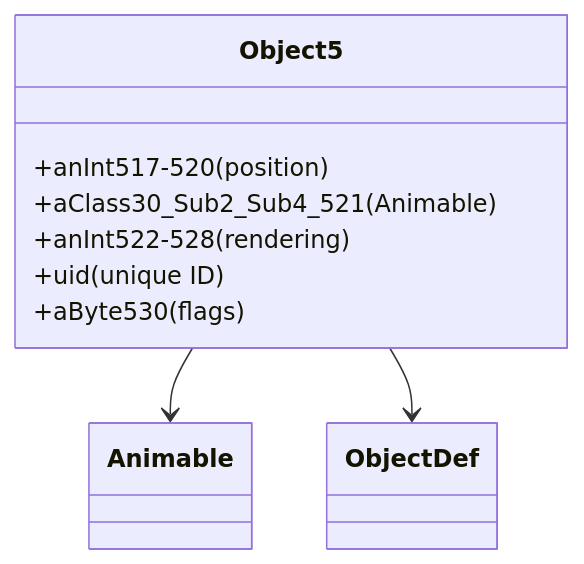
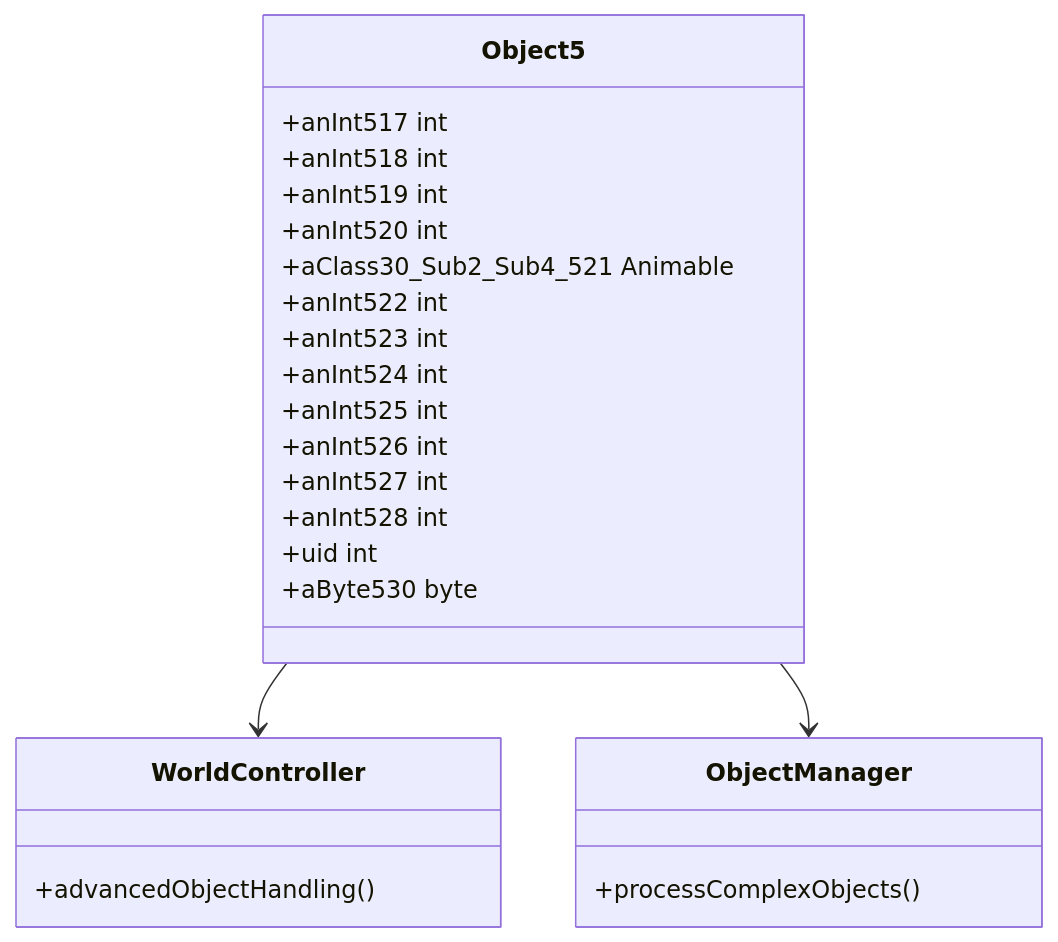
One commit to daxxog/solmud changed the diagram in bytecode/mapping/evidence/verified/Object5_OPNPFUJE.md. Above: the diagram before and after it, drawn with Mermaid. The commit also changed other lines of this file and 6 other files, not shown here.

````diff
--- a/bytecode/mapping/evidence/verified/Object5_OPNPFUJE.md
+++ b/bytecode/mapping/evidence/verified/Object5_OPNPFUJE.md
@@ -16,10 +17,21 @@
 ```mermaid
 classDiagram
-    Object5 --> Animable
-    Object5 --> ObjectDef
-    Object5 : +anInt517-520 (position)
-    Object5 : +aClass30_Sub2_Sub4_521 (Animable)
-    Object5 : +anInt522-528 (rendering)
-    Object5 : +uid (unique ID)
-    Object5 : +aByte530 (flags)
+    Object5 --> WorldController
+    Object5 --> ObjectManager
+    WorldController : +advancedObjectHandling()
+    ObjectManager : +processComplexObjects()
+    Object5 : +anInt517 int
+    Object5 : +anInt518 int
+    Object5 : +anInt519 int
+    Object5 : +anInt520 int
+    Object5 : +aClass30_Sub2_Sub4_521 Animable
+    Object5 : +anInt522 int
+    Object5 : +anInt523 int
+    Object5 : +anInt524 int
+    Object5 : +anInt525 int
+    Object5 : +anInt526 int
+    Object5 : +anInt527 int
+    Object5 : +anInt528 int
+    Object5 : +uid int
+    Object5 : +aByte530 byte
 ```
````
